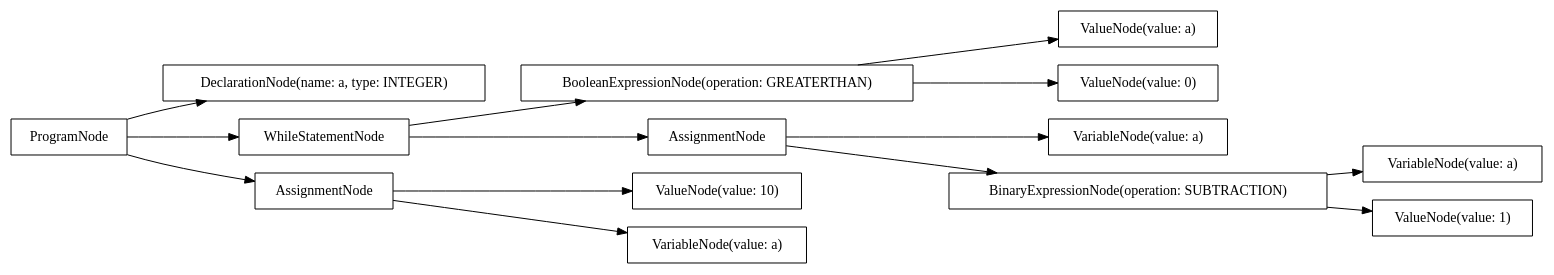
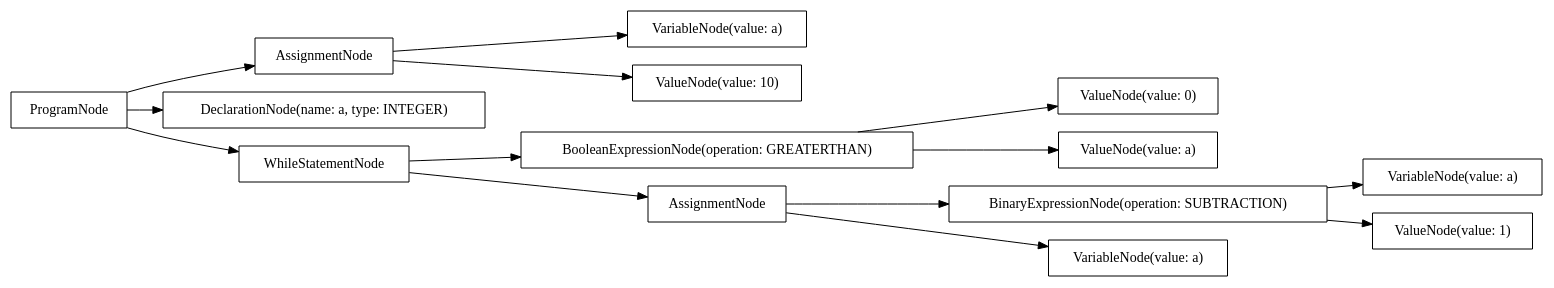
The diagram in src/output/dot/example-while.dot (AtLeastITry/ANTLR-Python-Compiler), drawn with Graphviz before and after one commit. The commit also changed 10 other files, not shown here.

```diff
--- a/src/output/dot/example-while.dot
+++ b/src/output/dot/example-while.dot
@@ -1,30 +1,30 @@
 digraph G {
 rankdir=LR
-"07f6d584-8b4c-4bb6-b955-a6c182ce2a33" [label="VariableNode(value: a)" shape="box"];
-"b2734c0a-4ea3-43c9-b214-1ab2a6058832" [label="VariableNode(value: a)" shape="box"];
-"9fff9e51-9d31-43c1-9645-3f87a173f7a5" [label="ProgramNode" shape="box"];
-"ac8aafd1-9b73-4549-aee8-18fbc934a1ed" [label="DeclarationNode(name: a, type: INTEGER)" shape="box"];
-"3ad40be0-5663-4427-ad9c-7df983704c57" [label="BinaryExpressionNode(operation: SUBTRACTION)" shape="box"];
-"f784227a-1076-4e55-9ae6-cab109e471fc" [label="ValueNode(value: 1)" shape="box"];
-"7d226d70-ae8a-43fe-8101-fc991cd684bc" [label="WhileStatementNode" shape="box"];
-"0121c23a-290f-4c39-96ed-37645e8628d7" [label="ValueNode(value: 10)" shape="box"];
-"41fac116-2ed3-4855-85f3-4d823ad5c4f8" [label="BooleanExpressionNode(operation: GREATERTHAN)" shape="box"];
-"1269fe97-b0c0-445f-919b-e90de2b61cfd" [label="VariableNode(value: a)" shape="box"];
-"301dcbb3-f919-407a-b888-e36a998ffdfc" [label="AssignmentNode" shape="box"];
-"d4c4fc54-c2c9-4cb7-bd5c-c9feb9f2d980" [label="AssignmentNode" shape="box"];
-"656c5d81-a300-4b0a-b019-7a1e4bf3ae2d" [label="ValueNode(value: a)" shape="box"];
-"812774aa-d9f0-4510-a4ba-0f8fb370c8f6" [label="ValueNode(value: 0)" shape="box"];
-"9fff9e51-9d31-43c1-9645-3f87a173f7a5" -> "ac8aafd1-9b73-4549-aee8-18fbc934a1ed";
-"9fff9e51-9d31-43c1-9645-3f87a173f7a5" -> "d4c4fc54-c2c9-4cb7-bd5c-c9feb9f2d980";
-"d4c4fc54-c2c9-4cb7-bd5c-c9feb9f2d980" -> "1269fe97-b0c0-445f-919b-e90de2b61cfd";
-"d4c4fc54-c2c9-4cb7-bd5c-c9feb9f2d980" -> "0121c23a-290f-4c39-96ed-37645e8628d7";
-"9fff9e51-9d31-43c1-9645-3f87a173f7a5" -> "7d226d70-ae8a-43fe-8101-fc991cd684bc";
-"7d226d70-ae8a-43fe-8101-fc991cd684bc" -> "41fac116-2ed3-4855-85f3-4d823ad5c4f8";
-"41fac116-2ed3-4855-85f3-4d823ad5c4f8" -> "656c5d81-a300-4b0a-b019-7a1e4bf3ae2d";
-"41fac116-2ed3-4855-85f3-4d823ad5c4f8" -> "812774aa-d9f0-4510-a4ba-0f8fb370c8f6";
-"7d226d70-ae8a-43fe-8101-fc991cd684bc" -> "301dcbb3-f919-407a-b888-e36a998ffdfc";
-"301dcbb3-f919-407a-b888-e36a998ffdfc" -> "b2734c0a-4ea3-43c9-b214-1ab2a6058832";
-"301dcbb3-f919-407a-b888-e36a998ffdfc" -> "3ad40be0-5663-4427-ad9c-7df983704c57";
-"3ad40be0-5663-4427-ad9c-7df983704c57" -> "07f6d584-8b4c-4bb6-b955-a6c182ce2a33";
-"3ad40be0-5663-4427-ad9c-7df983704c57" -> "f784227a-1076-4e55-9ae6-cab109e471fc";
+"57e66a49-1eee-44cb-81ba-4dcb91eb2c92" [label="BinaryExpressionNode(operation: SUBTRACTION)" shape="box"];
+"e89cf37a-499b-4aad-8077-1ca350932b32" [label="VariableNode(value: a)" shape="box"];
+"0c71a55f-2f9c-4be1-b561-3d840b95a0e4" [label="VariableNode(value: a)" shape="box"];
+"b7f76e72-09c5-4036-a39e-848e4878a1d6" [label="ValueNode(value: 10)" shape="box"];
+"cf1a8d12-24a5-46a6-8240-9c0ac3933fdb" [label="ValueNode(value: 0)" shape="box"];
+"a699a83f-c086-4cc9-9f81-962b83637bcd" [label="AssignmentNode" shape="box"];
+"83ab1454-b914-4bcc-9dad-63cab635ad5a" [label="VariableNode(value: a)" shape="box"];
+"6fe3cc9e-1f8f-4065-813a-952b10eaa7bd" [label="BooleanExpressionNode(operation: GREATERTHAN)" shape="box"];
+"e191651e-60d4-4f5f-84a4-b89e9580a4cf" [label="ValueNode(value: a)" shape="box"];
+"5779ea5d-75c5-4617-8ce5-636b39c2c4ae" [label="ProgramNode" shape="box"];
+"23bd5ff2-eed0-4c9e-8567-16ac5a62663c" [label="DeclarationNode(name: a, type: INTEGER)" shape="box"];
+"0028f09a-db9f-41df-a5ed-209ee054a6ed" [label="ValueNode(value: 1)" shape="box"];
+"258ff1a5-422d-4bd4-ac79-08ab61db3981" [label="AssignmentNode" shape="box"];
+"d8238105-edbe-4f57-bff2-d6d8c5db2c23" [label="WhileStatementNode" shape="box"];
+"5779ea5d-75c5-4617-8ce5-636b39c2c4ae" -> "23bd5ff2-eed0-4c9e-8567-16ac5a62663c";
+"5779ea5d-75c5-4617-8ce5-636b39c2c4ae" -> "a699a83f-c086-4cc9-9f81-962b83637bcd";
+"a699a83f-c086-4cc9-9f81-962b83637bcd" -> "e89cf37a-499b-4aad-8077-1ca350932b32";
+"a699a83f-c086-4cc9-9f81-962b83637bcd" -> "b7f76e72-09c5-4036-a39e-848e4878a1d6";
+"5779ea5d-75c5-4617-8ce5-636b39c2c4ae" -> "d8238105-edbe-4f57-bff2-d6d8c5db2c23";
+"d8238105-edbe-4f57-bff2-d6d8c5db2c23" -> "6fe3cc9e-1f8f-4065-813a-952b10eaa7bd";
+"6fe3cc9e-1f8f-4065-813a-952b10eaa7bd" -> "e191651e-60d4-4f5f-84a4-b89e9580a4cf";
+"6fe3cc9e-1f8f-4065-813a-952b10eaa7bd" -> "cf1a8d12-24a5-46a6-8240-9c0ac3933fdb";
+"d8238105-edbe-4f57-bff2-d6d8c5db2c23" -> "258ff1a5-422d-4bd4-ac79-08ab61db3981";
+"258ff1a5-422d-4bd4-ac79-08ab61db3981" -> "83ab1454-b914-4bcc-9dad-63cab635ad5a";
+"258ff1a5-422d-4bd4-ac79-08ab61db3981" -> "57e66a49-1eee-44cb-81ba-4dcb91eb2c92";
+"57e66a49-1eee-44cb-81ba-4dcb91eb2c92" -> "0c71a55f-2f9c-4be1-b561-3d840b95a0e4";
+"57e66a49-1eee-44cb-81ba-4dcb91eb2c92" -> "0028f09a-db9f-41df-a5ed-209ee054a6ed";
 }
```
